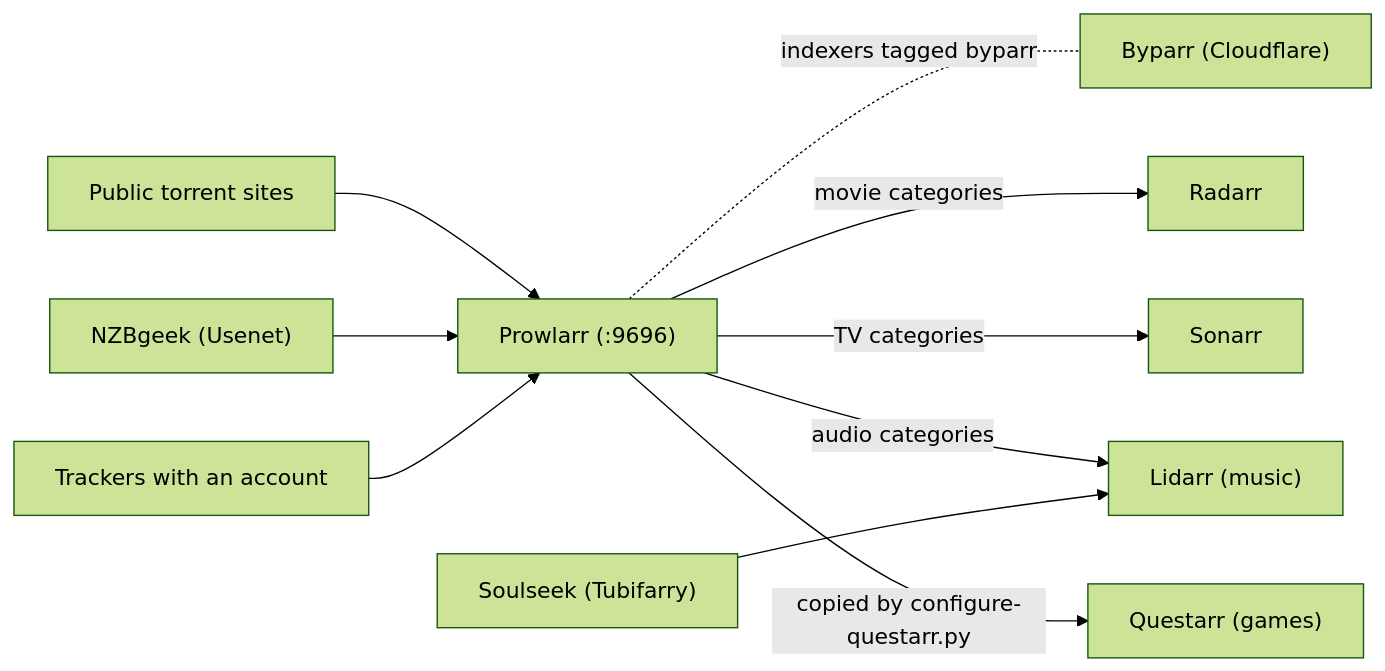
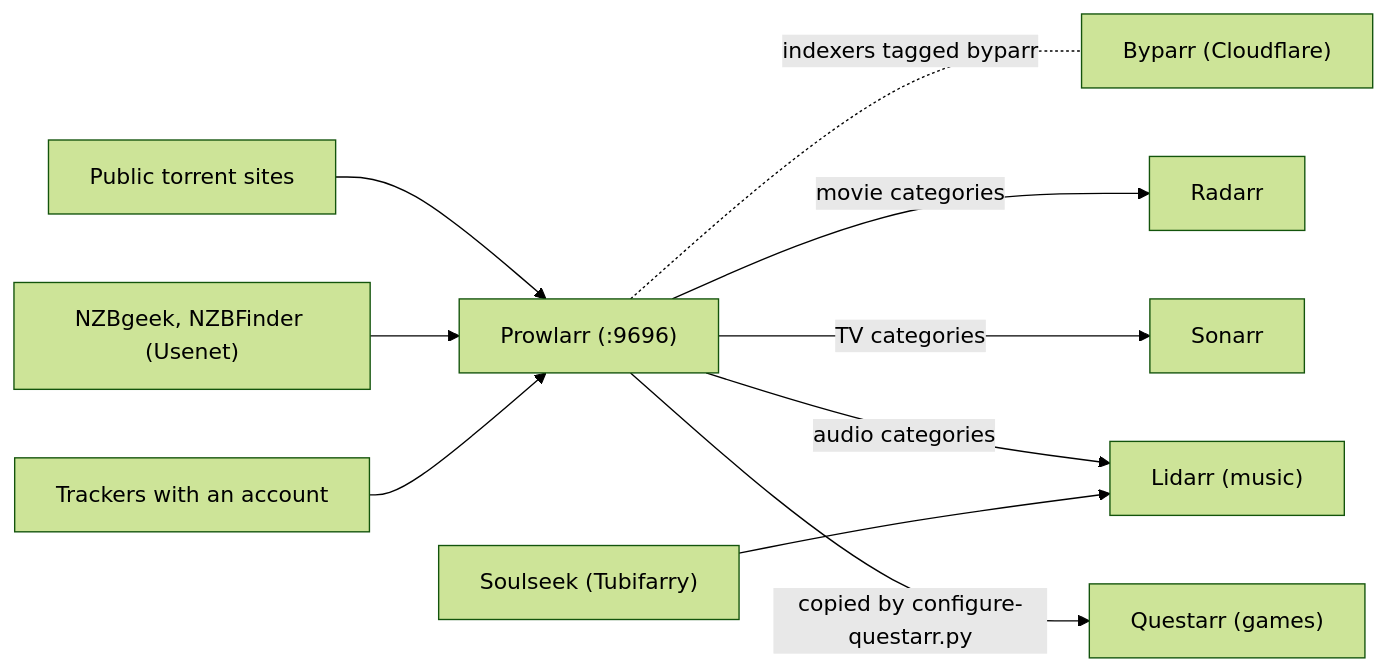
One commit to bugrauluyurt/homelab-media-stack changed the diagram in docs/operations/indexers.md. Above: the diagram before and after it, drawn with Mermaid (forest theme). The commit also changed other lines of this file and 11 other files, not shown here.

````diff
--- a/docs/operations/indexers.md
+++ b/docs/operations/indexers.md
@@ -14,12 +14,12 @@
 ```mermaid
 flowchart LR
     public["Public torrent sites"] --> P["Prowlarr (:9696)"]
-    usenet["NZBgeek (Usenet)"] --> P
+    usenet["NZBgeek, NZBFinder (Usenet)"] --> P
     accounts["Trackers with an account"] --> P
     P -. "indexers tagged byparr" .- B["Byparr (Cloudflare)"]
     P -->|"movie categories"| R["Radarr"]
     P -->|"TV categories"| S["Sonarr"]
     P -->|"audio categories"| L["Lidarr (music)"]
     P -->|"copied by configure-questarr.py"| Q["Questarr (games)"]
     slsk["Soulseek (Tubifarry)"] --> L
 ```
````
